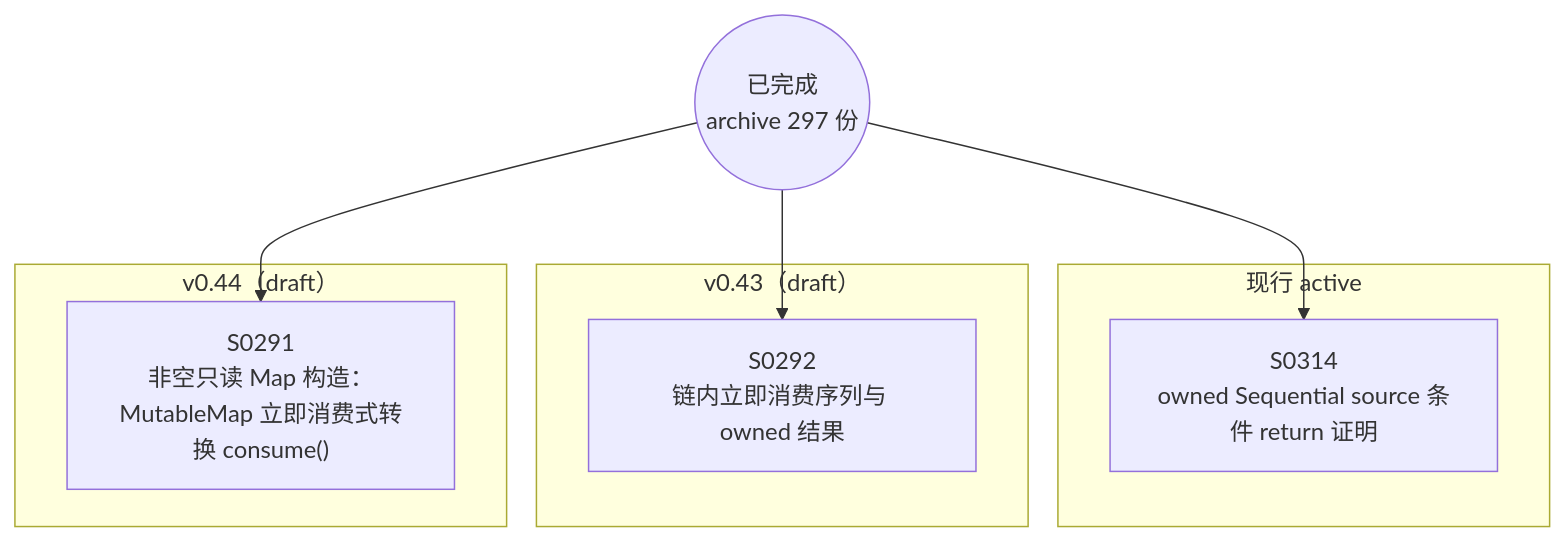
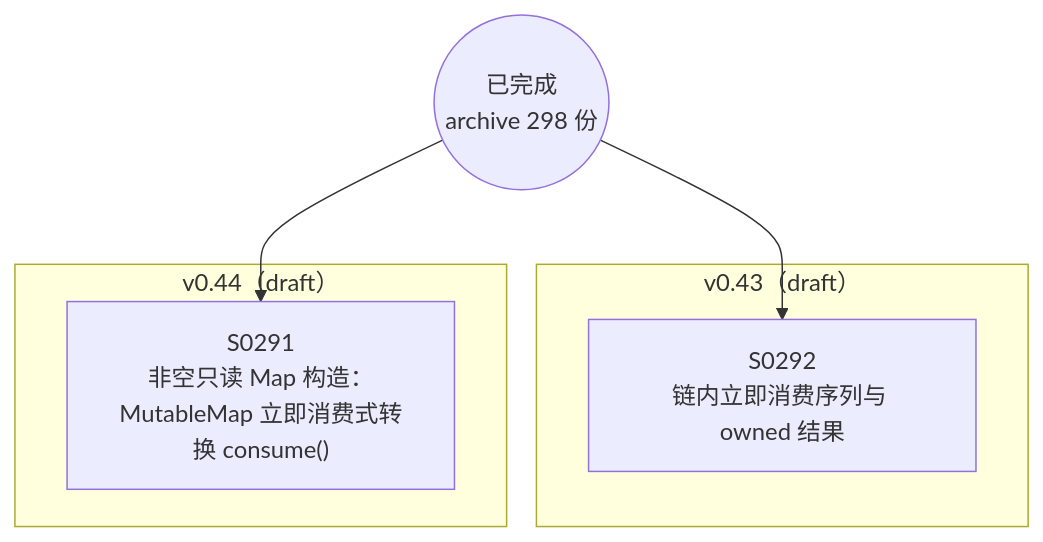
Before and after one commit to Halckon/Koven: the diagram in docs/specs/dependency-graph.md, drawn with Mermaid. The commit also changed other lines of this file and 11 other files, not shown here.

Commit message:
docs(spec-0314): archive bounded return delivery after verified PR CI

````diff
--- a/docs/specs/dependency-graph.md
+++ b/docs/specs/dependency-graph.md
@@ -9,16 +9,12 @@
 ```mermaid
 flowchart TD
-ARCH(("已完成<br/>archive 297 份"))
-subgraph Gactive["现行 active"]
-  S0314["S0314<br/>owned Sequential source 条件 return 证明"]
-end
+ARCH(("已完成<br/>archive 298 份"))
 subgraph Gdrafts_v043["v0.43（draft）"]
   S0292["S0292<br/>链内立即消费序列与 owned 结果"]
 end
 subgraph Gdrafts_v044["v0.44（draft）"]
   S0291["S0291<br/>非空只读 Map 构造：MutableMap 立即消费式转换 consume()"]
 end
 ARCH --> S0291
 ARCH --> S0292
-ARCH --> S0314
 ```
````
